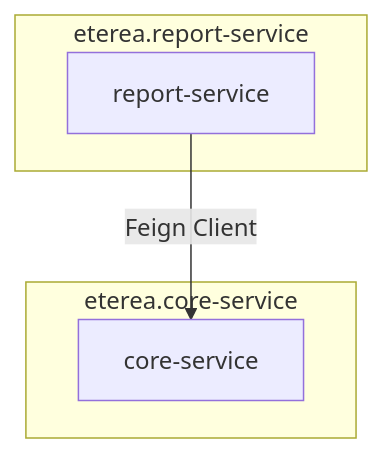
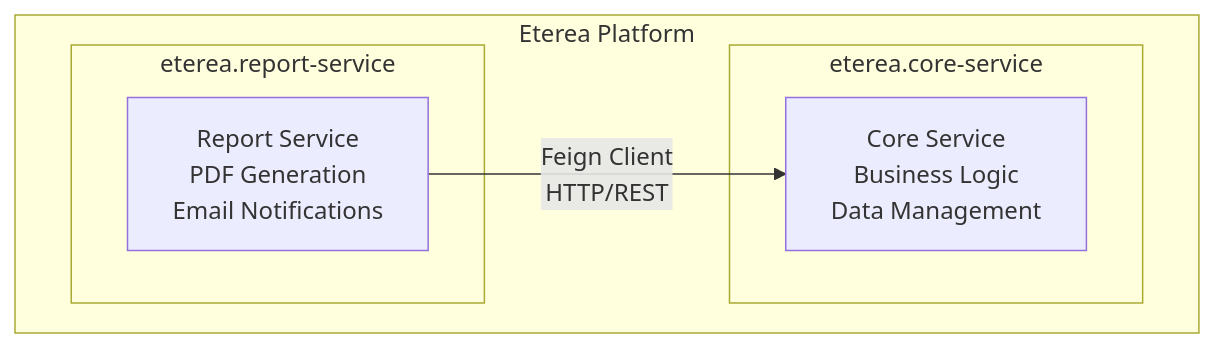
One commit to ETEREA-services/ETEREA.report-service changed the diagram in docs/diagrams/mermaid/component-diagram.mmd. Above: the diagram before and after it, drawn with Mermaid. The commit also changed 6 other files, not shown here.

First line of the commit message:
fix(ci): mejora pipeline de documentación con Mermaid v10.9.1

```diff
--- a/docs/diagrams/mermaid/component-diagram.mmd
+++ b/docs/diagrams/mermaid/component-diagram.mmd
@@ -1,10 +1,12 @@
-graph TD
-    subgraph "eterea.report-service"
-        A[report-service]
+flowchart TD
+    subgraph "Eterea Platform"
+        subgraph "eterea.report-service"
+            A[Report Service<br/>PDF Generation<br/>Email Notifications]
+        end
+
+        subgraph "eterea.core-service"
+            B[Core Service<br/>Business Logic<br/>Data Management]
+        end
+
+        A -- Feign Client<br/>HTTP/REST --> B
     end
-
-    subgraph "eterea.core-service"
-        B[core-service]
-    end
-
-    A -- Feign Client --> B
```
